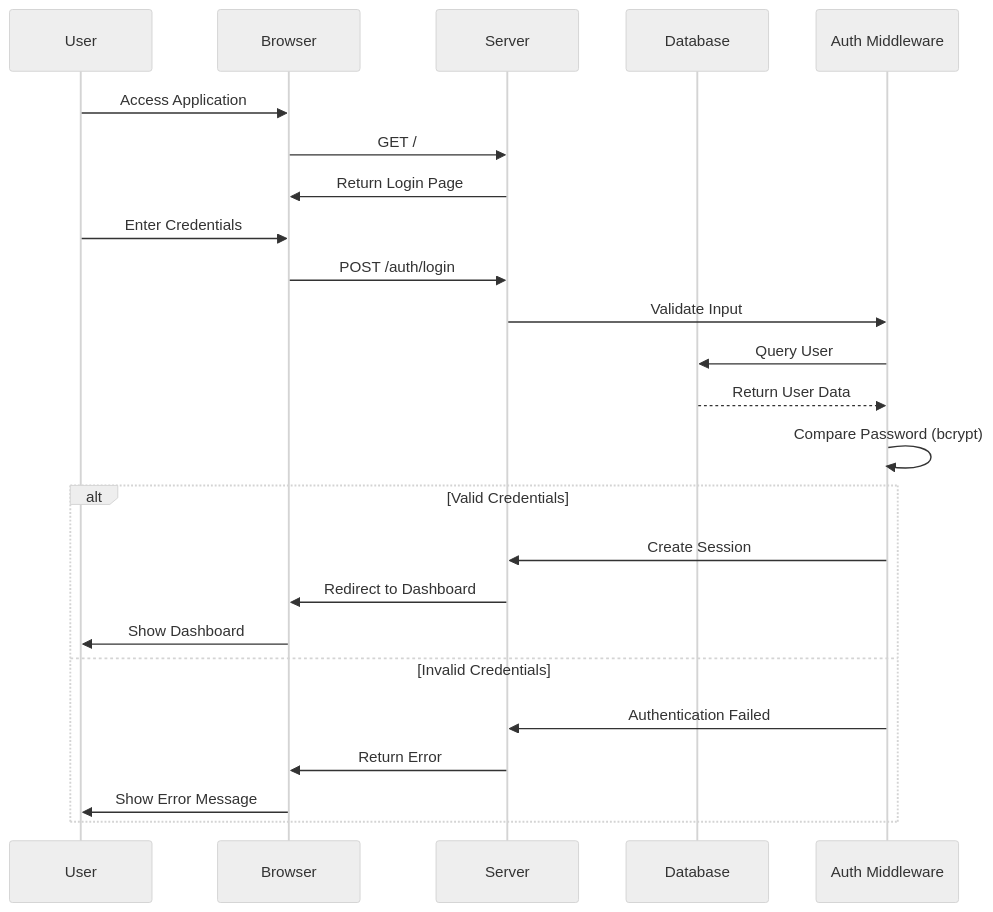
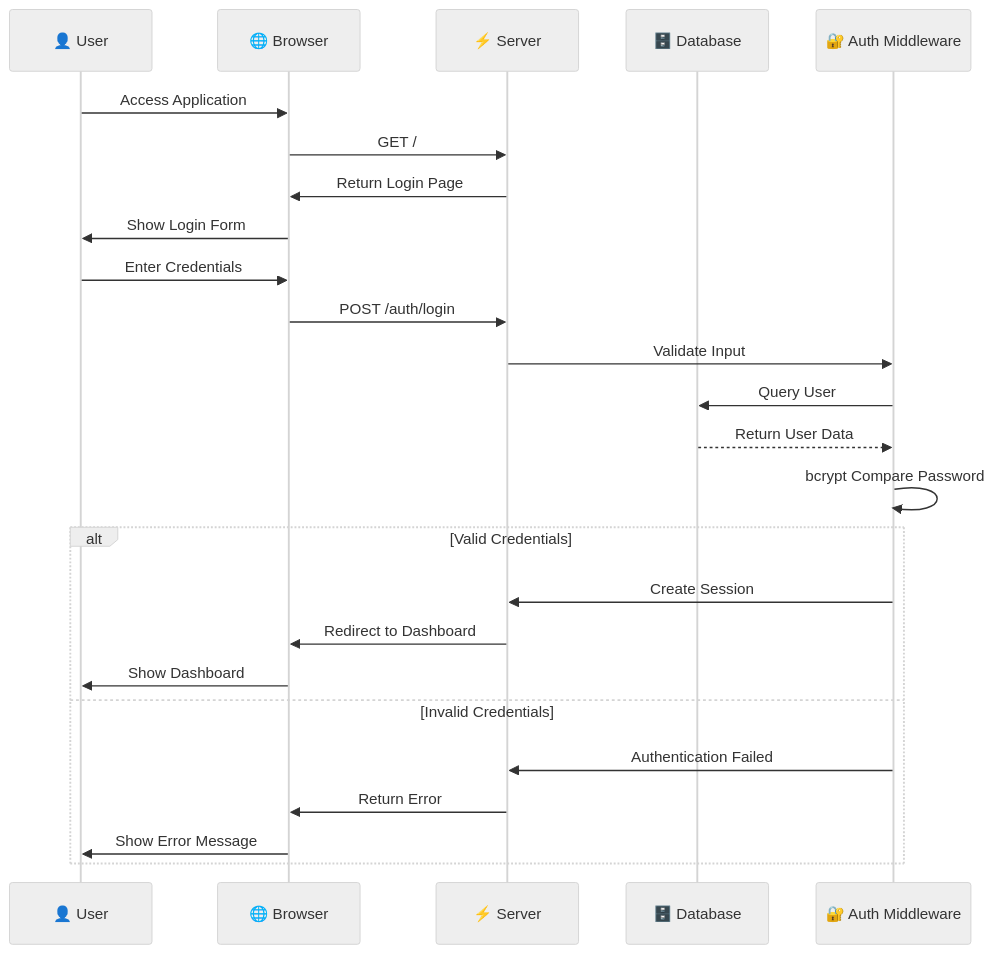
The second of 11 diagrams in README.md (Sandarsh18/Domain-booking-web-app), drawn with Mermaid (neutral theme) before and after one commit. The commit also changed other lines of this file, not shown here.

````diff
--- a/README.md
+++ b/README.md
@@ -140,29 +149,30 @@
 ```mermaid
 sequenceDiagram
-    participant U as User
-    participant B as Browser
-    participant S as Server
-    participant DB as Database
-    participant Auth as Auth Middleware
+    participant U as 👤 User
+    participant B as 🌐 Browser
+    participant S as ⚡ Server
+    participant DB as 🗄️ Database
+    participant Auth as 🔐 Auth Middleware
 
     U->>B: Access Application
     B->>S: GET /
     S->>B: Return Login Page
+    B->>U: Show Login Form
     
     U->>B: Enter Credentials
     B->>S: POST /auth/login
     S->>Auth: Validate Input
     Auth->>DB: Query User
     DB-->>Auth: Return User Data
-    Auth->>Auth: Compare Password (bcrypt)
+    Auth->>Auth: bcrypt Compare Password
     
     alt Valid Credentials
         Auth->>S: Create Session
         S->>B: Redirect to Dashboard
         B->>U: Show Dashboard
     else Invalid Credentials
         Auth->>S: Authentication Failed
         S->>B: Return Error
         B->>U: Show Error Message
     end
 ```
````
